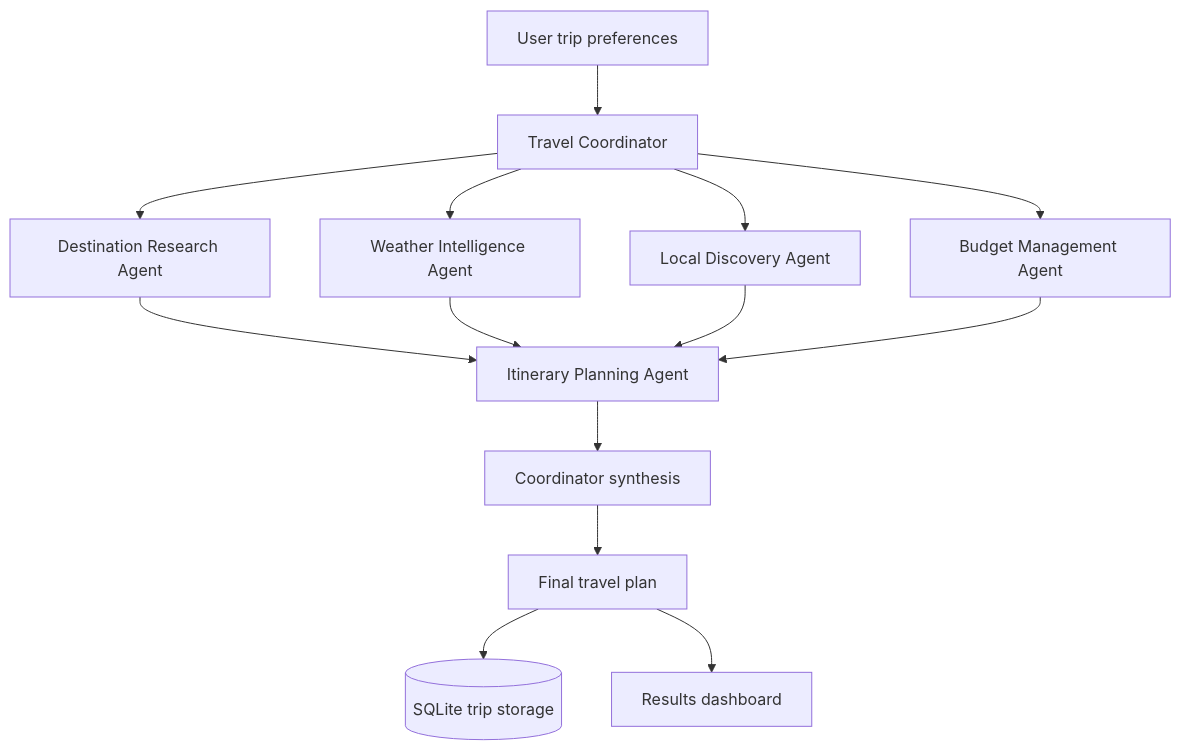
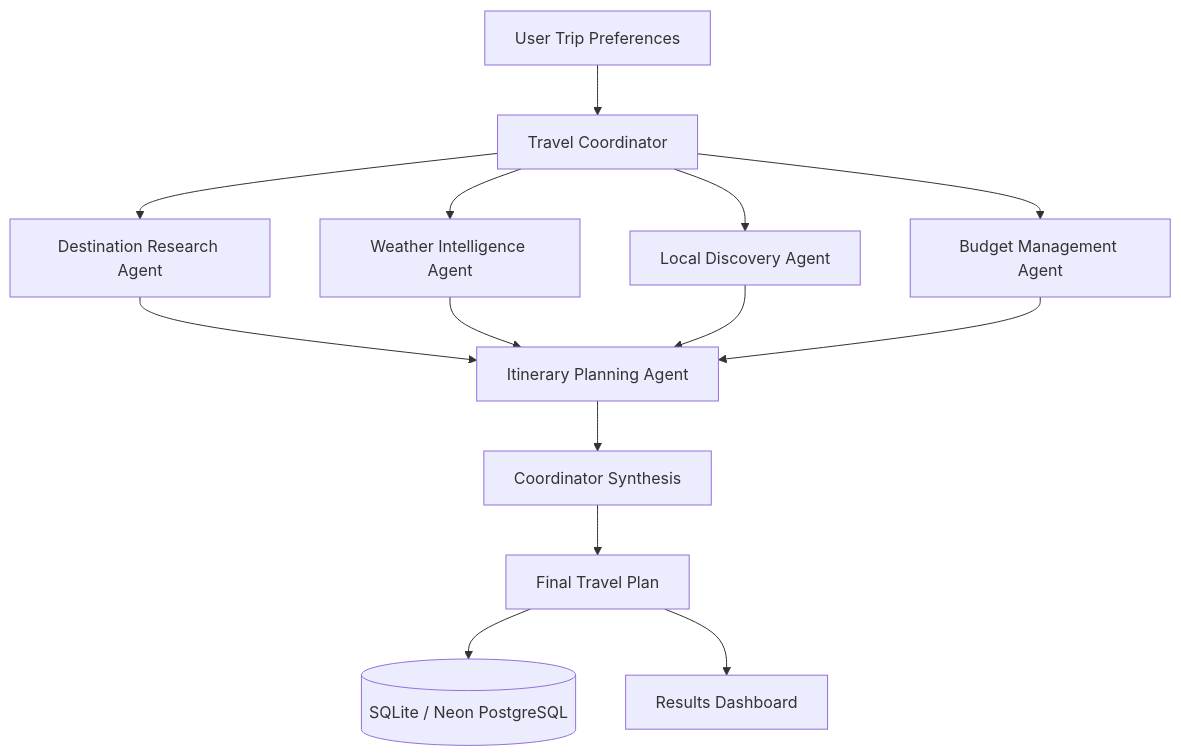
Before and after one commit to rohith154-vsr/TripMind-AI: the diagram in README.md, drawn with Mermaid. The commit also changed other lines of this file and 2 other files, not shown here.

Commit message:
docs: update production deployment and architecture documentation

````diff
--- a/README.md
+++ b/README.md
@@ -48,16 +68,16 @@
-~~~mermaid
+```mermaid
 flowchart TD
-    U[User trip preferences] --> C[Travel Coordinator]
+    U[User Trip Preferences] --> C[Travel Coordinator]
     C --> D[Destination Research Agent]
     C --> W[Weather Intelligence Agent]
     C --> L[Local Discovery Agent]
     C --> B[Budget Management Agent]
     D --> I[Itinerary Planning Agent]
     W --> I
     L --> I
     B --> I
-    I --> C2[Coordinator synthesis]
-    C2 --> R[Final travel plan]
-    R --> DB[(SQLite trip storage)]
-    R --> UI[Results dashboard]
-~~~
+    I --> C2[Coordinator Synthesis]
+    C2 --> R[Final Travel Plan]
+    R --> DB[(SQLite / Neon PostgreSQL)]
+    R --> UI[Results Dashboard]
+```
````
